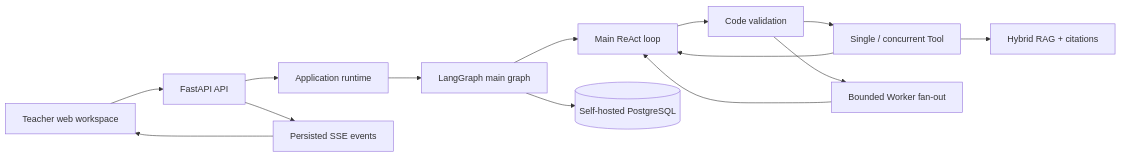
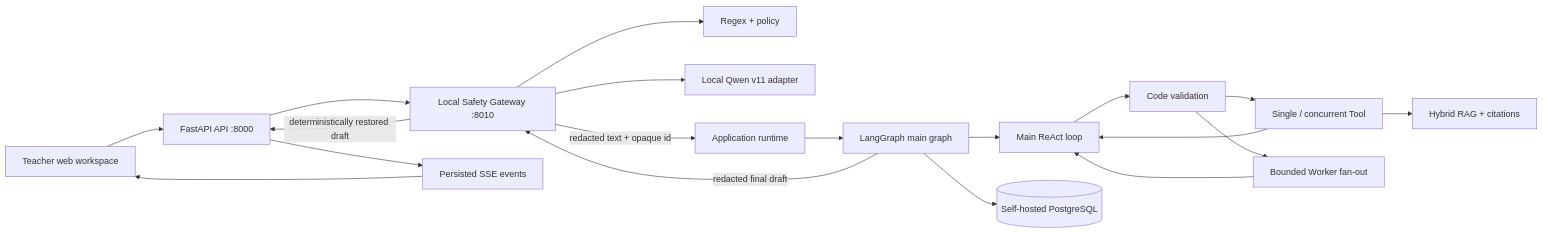
The diagram in README.md (MengC-OvO/easy-teaching), drawn with Mermaid before and after one commit. The commit also changed other lines of this file and 57 other files, not shown here.

````diff
--- a/README.md
+++ b/README.md
@@ -34,16 +38,21 @@
 ```mermaid
 flowchart LR
-    Browser["Teacher web workspace"] --> API["FastAPI API"]
-    API --> Runtime["Application runtime"]
+    Browser["Teacher web workspace"] --> API["FastAPI API :8000"]
+    API --> Gateway["Local Safety Gateway :8010"]
+    Gateway --> Rules["Regex + policy"]
+    Gateway --> Qwen["Local Qwen v11 adapter"]
+    Gateway -->|redacted text + opaque id| Runtime["Application runtime"]
     Runtime --> Graph["LangGraph main graph"]
     Graph --> Main["Main ReAct loop"]
     Main --> Validate["Code validation"]
     Validate --> Tools["Single / concurrent Tool"]
     Validate --> Workers["Bounded Worker fan-out"]
     Tools --> Main
     Workers --> Main
     Tools --> Knowledge["Hybrid RAG + citations"]
     Graph --> Store[("Self-hosted PostgreSQL")]
+    Graph -->|redacted final draft| Gateway
+    Gateway -->|deterministically restored draft| API
     API --> Events["Persisted SSE events"]
     Events --> Browser
 ```
````
